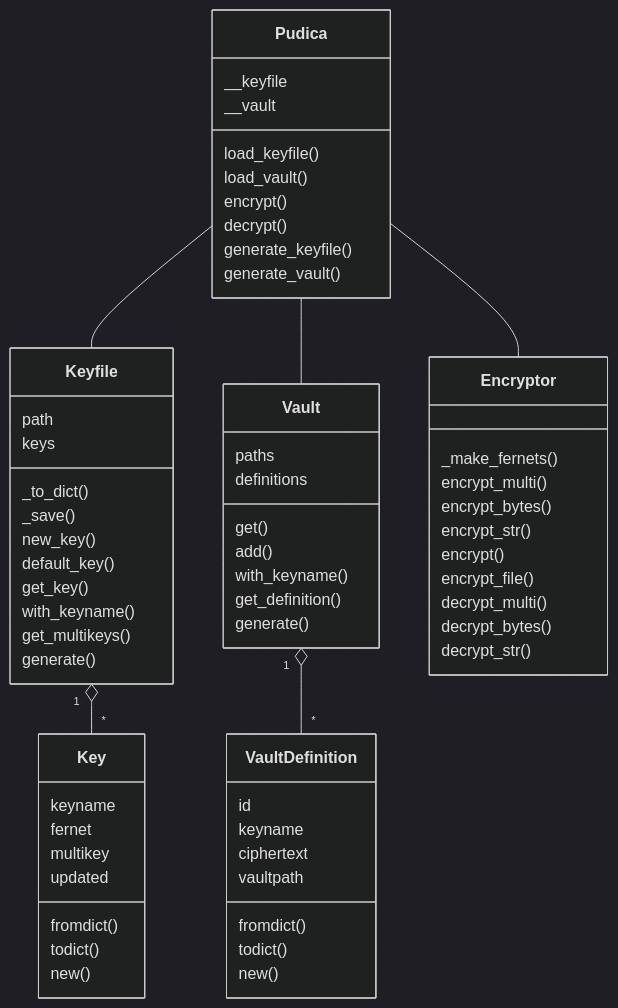
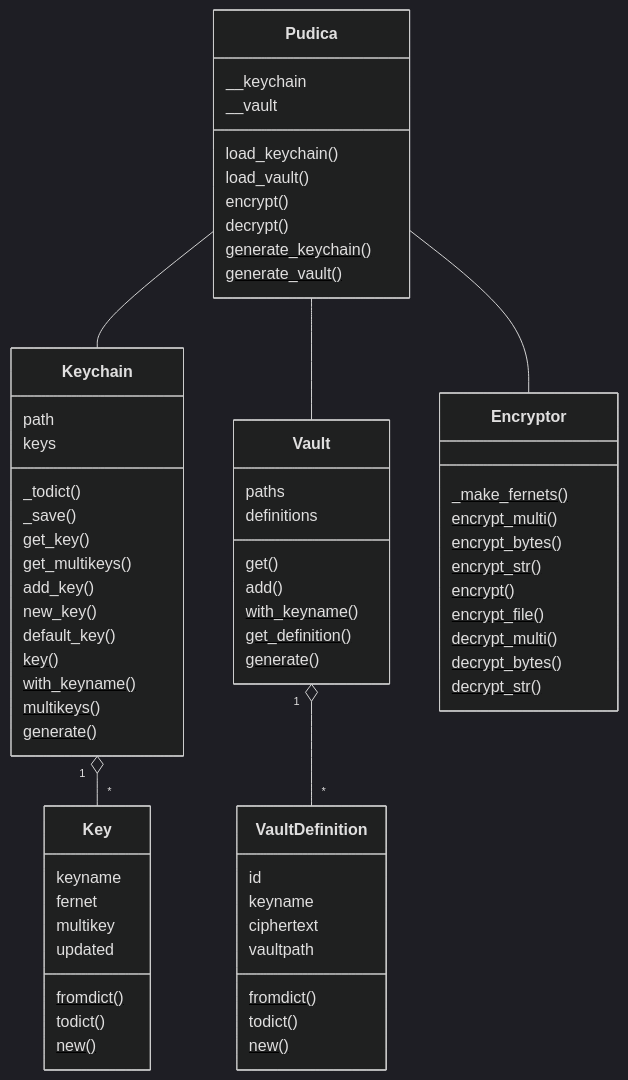
Before and after one commit to botanicode/pudica: the diagram in docs/class_diagram.md, drawn with Mermaid (dark theme). The commit also changed 10 other files, not shown here.

````diff
--- a/docs/class_diagram.md
+++ b/docs/class_diagram.md
@@ -1,68 +1,71 @@
 ```mermaid
 classDiagram
-      class Keyfile{
+      class Keychain{
         path
         keys
-        _to_dict()
+        _todict()
         _save()
+        get_key()
+        get_multikeys()
+        add_key()
         new_key()
         default_key()
-        get_key()
-        with_keyname()
-        get_multikeys()
-        generate()
+        key()$
+        with_keyname()$
+        multikeys()$
+        generate()$
       }
       class Vault{
         paths
         definitions
         get()
         add()
-        with_keyname()
-        get_definition()
-        generate()
+        with_keyname()$
+        get_definition()$
+        generate()$
       }
       class Encryptor{
-        _make_fernets()
-        encrypt_multi()
-        encrypt_bytes()
-        encrypt_str()
-        encrypt()
-        encrypt_file()
-        decrypt_multi()
-        decrypt_bytes()
-        decrypt_str()
+        _make_fernets()$
+        encrypt_multi()$
+        encrypt_bytes()$
+        encrypt_str()$
+        encrypt()$
+        encrypt_file()$
+        decrypt_multi()$
+        decrypt_bytes()$
+        decrypt_str()$
       }
       class Pudica{
-        __keyfile
+        __keychain
         __vault
-        load_keyfile()
+        load_keychain()
         load_vault()
         encrypt()
         decrypt()
-        generate_keyfile()
-        generate_vault()
+        generate_keychain()$
+        generate_vault()$
       }
       class VaultDefinition{
         id
         keyname
         ciphertext
         vaultpath
-        fromdict()
+        fromdict()$
         todict()
-        new()
+        new()$
       }
       class Key{
         keyname
         fernet
         multikey
         updated
-        fromdict()
+        fromdict()$
         todict()
-        new()
+        new()$
       }
-      Keyfile "1" o-- "*" Key
+      Keychain "1" o-- "*" Key
       Vault "1" o-- "*" VaultDefinition
-      Pudica -- Keyfile
+      Pudica -- Keychain
       Pudica -- Encryptor
       Pudica -- Vault
 ```
````
